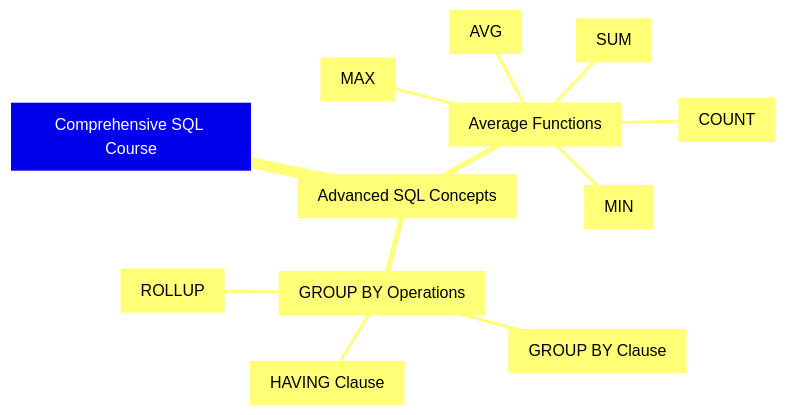
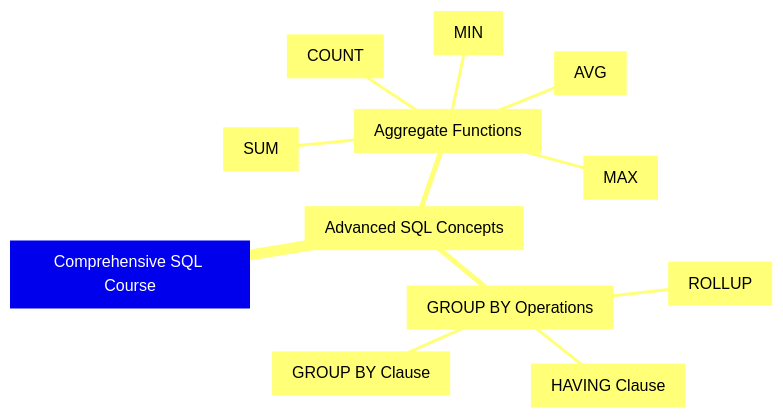
Before and after one commit to NikhilVijayakumar/medha_data: the diagram in data/vnit/s1/DataTransformation/midterm/mindmaps/5_aggregate_functions/5_aggregate_functions_keywords.md, drawn with Mermaid. The commit also changed 30 other files, not shown here.

````diff
--- a/data/vnit/s1/DataTransformation/midterm/mindmaps/5_aggregate_functions/5_aggregate_functions_keywords.md
+++ b/data/vnit/s1/DataTransformation/midterm/mindmaps/5_aggregate_functions/5_aggregate_functions_keywords.md
@@ -1,15 +1,15 @@
 ```mermaid
 mindmap
   course_root[Comprehensive SQL Course]
     mod_sql_advanced[Advanced SQL Concepts]
-      section_aggregate_funcs[Average Functions]
+      section_aggregate_funcs[Aggregate Functions]
         func_count[COUNT]
         func_sum[SUM]
         func_avg[AVG]
         func_max[MAX]
         func_min[MIN]
       section_group_by_ops[GROUP BY Operations]
         clause_group_by[GROUP BY Clause]
         clause_having[HAVING Clause]
         operator_rollup[ROLLUP]
 ```
````
